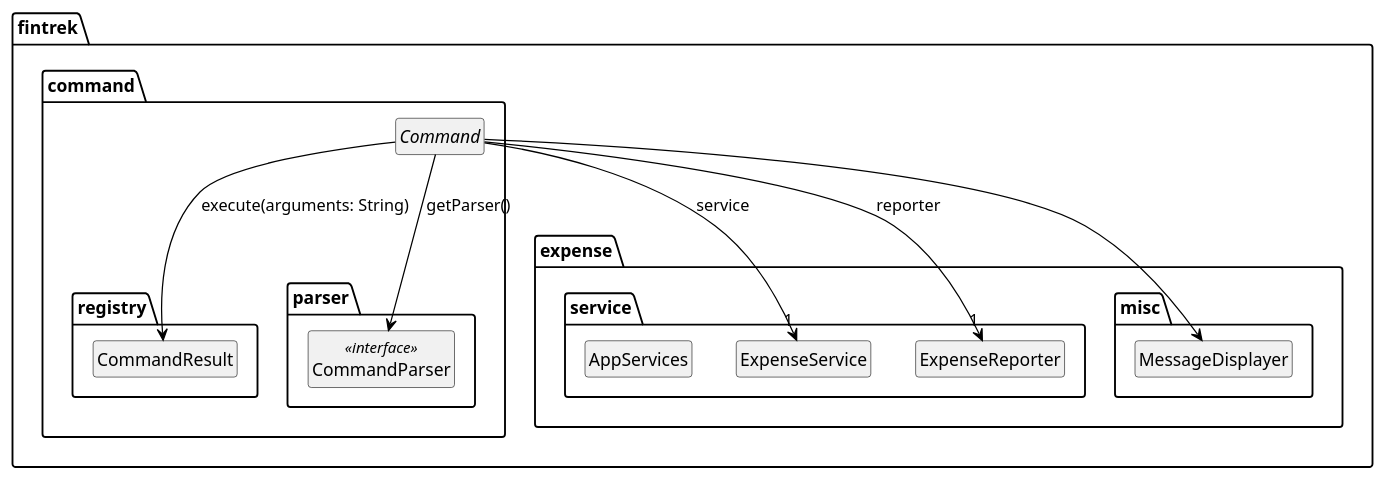
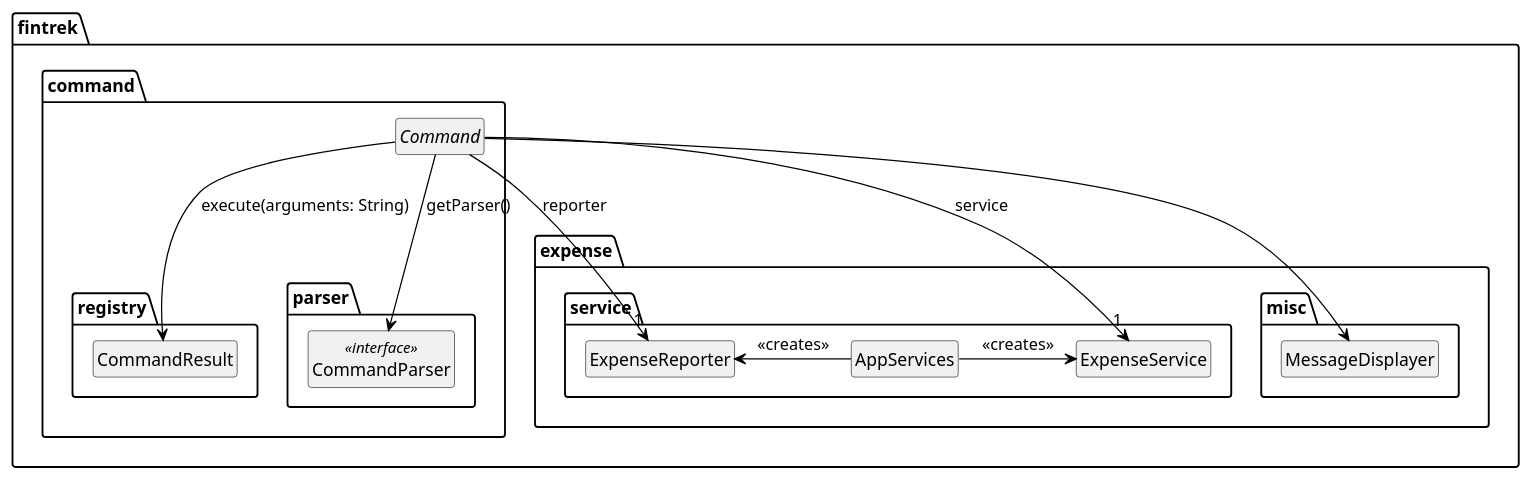
Before and after one commit to randust/tp: the diagram in docs/diagrams/class/Command.puml, drawn with PlantUML. The commit also changed 11 other files, not shown here.

```diff
--- a/docs/diagrams/class/Command.puml
+++ b/docs/diagrams/class/Command.puml
@@ -1,46 +1,48 @@
 @startuml
 
 skinparam classArrowColor Black
 skinparam defaultTextAlignment center
 
 hide circle
 hide members
 skinparam classAttributeIconSize 0
 
 package "fintrek.expense.service" {
   class ExpenseService
   class ExpenseReporter
   class AppServices
 }
 
 package fintrek.command.registry {
     class CommandResult
 }
 
 package fintrek.command.parser {
     class CommandParser <<interface>>
 }
 
 package fintrek.expense.misc {
     class MessageDisplayer
 }
 
 package fintrek.command {
 
     abstract class Command {
         # isRecurringExpense: boolean
 
         + Command(isRecurring: boolean)
         + supportsStructuredParsing(): boolean
         + getDescription(): String
     }
 }
 
 ' Relationships
 Command --> ExpenseService: service "1"
 Command --> ExpenseReporter: reporter "1"
 Command --> CommandResult: execute(arguments: String)
 Command --> CommandParser: getParser()
 Command --> MessageDisplayer
+AppServices -l> ExpenseReporter: <<creates>>
+AppServices -r> ExpenseService: <<creates>>
 
 @enduml
```
